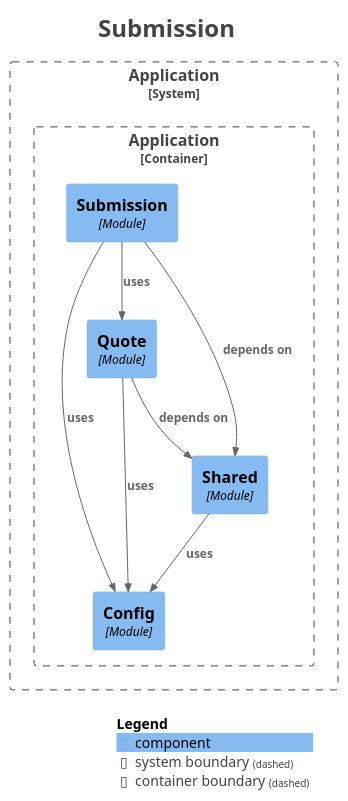
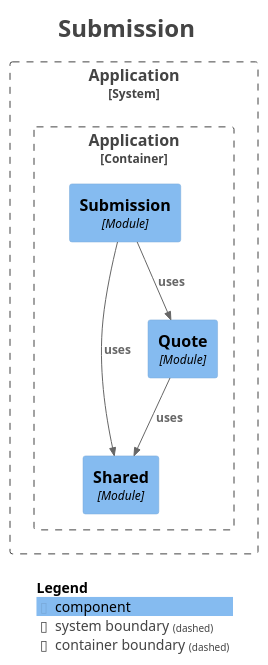
One commit to migangdelzar/insurance-quotes-service changed the diagram in docs/architecture/modules/module-submission.puml. Above: the diagram before and after it, drawn with PlantUML. The commit also changed 39 other files, not shown here.

```diff
--- a/docs/architecture/modules/module-submission.puml
+++ b/docs/architecture/modules/module-submission.puml
@@ -1,37 +1,33 @@
 @startuml
 title <size:24>Submission</size>
 
 set separator none
 top to bottom direction
 
 <style>
   root {
     BackgroundColor: #ffffff
     FontColor: #444444
   }
 </style>
 
 !include <C4/C4>
 !include <C4/C4_Context>
 !include <C4/C4_Component>
 
 System_Boundary("Application_boundary", "Application", $tags="") {
   Container_Boundary("Application.Application_boundary", "Application", $tags="") {
-    Component(Application.Application.Config, "Config", $techn="Module", $descr="", $tags="", $link="")
     Component(Application.Application.Shared, "Shared", $techn="Module", $descr="", $tags="", $link="")
     Component(Application.Application.Quote, "Quote", $techn="Module", $descr="", $tags="", $link="")
     Component(Application.Application.Submission, "Submission", $techn="Module", $descr="", $tags="", $link="")
   }
 
 }
 
+Rel(Application.Application.Quote, Application.Application.Shared, "uses", $techn="", $tags="", $link="")
 Rel(Application.Application.Submission, Application.Application.Quote, "uses", $techn="", $tags="", $link="")
-Rel(Application.Application.Submission, Application.Application.Config, "uses", $techn="", $tags="", $link="")
-Rel(Application.Application.Shared, Application.Application.Config, "uses", $techn="", $tags="", $link="")
-Rel(Application.Application.Quote, Application.Application.Shared, "depends on", $techn="", $tags="", $link="")
-Rel(Application.Application.Quote, Application.Application.Config, "uses", $techn="", $tags="", $link="")
-Rel(Application.Application.Submission, Application.Application.Shared, "depends on", $techn="", $tags="", $link="")
+Rel(Application.Application.Submission, Application.Application.Shared, "uses", $techn="", $tags="", $link="")
 
 SHOW_LEGEND(true)
 hide stereotypes
 @enduml
```
